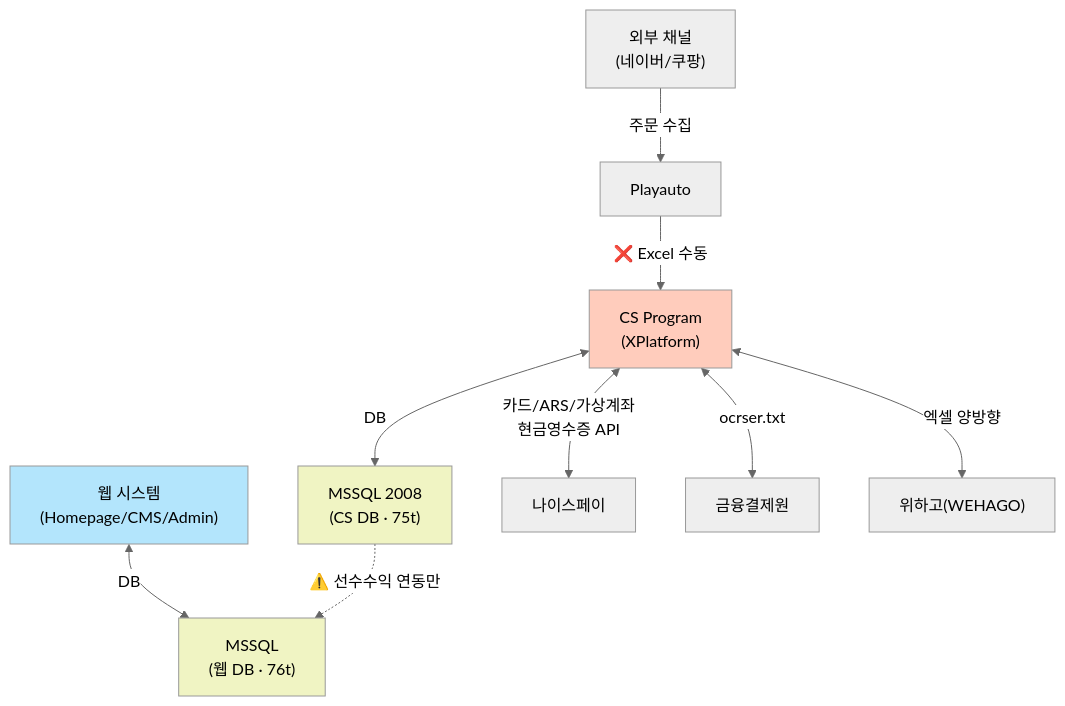
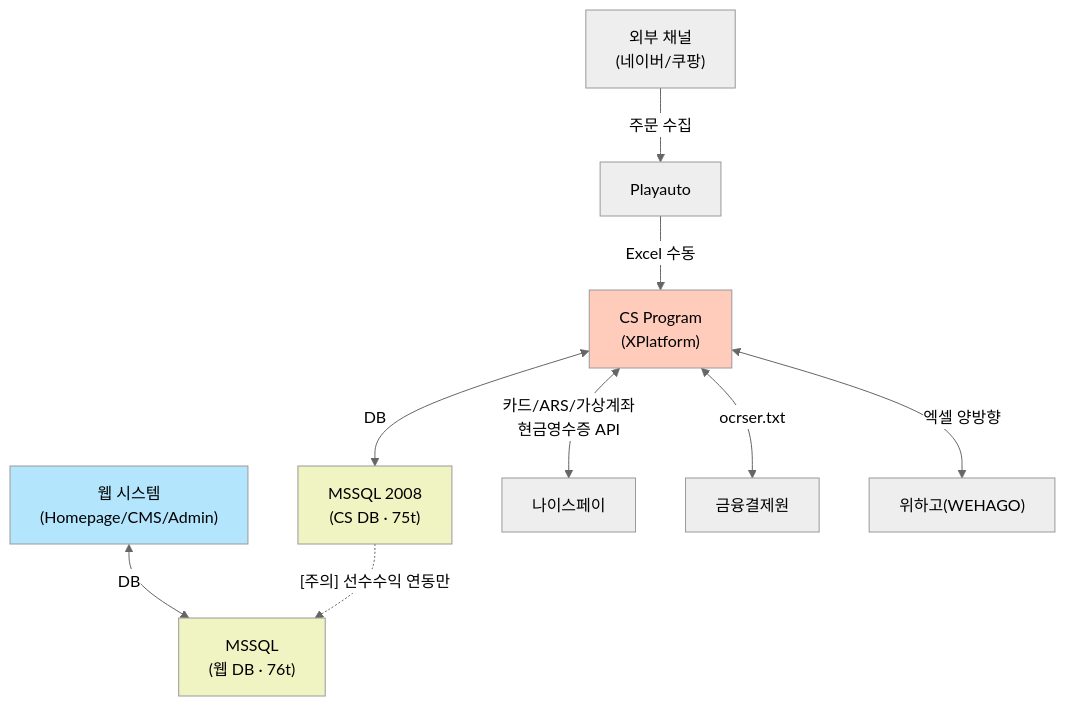
The second of 6 diagrams in src/content/docs/goodthinking-isp/02-analysis/system-diagnosis.md (sknkwoxs/manual-book), drawn with Mermaid (neutral theme) before and after one commit. The commit also changed other lines of this file and 38 other files, not shown here.

````diff
--- a/src/content/docs/goodthinking-isp/02-analysis/system-diagnosis.md
+++ b/src/content/docs/goodthinking-isp/02-analysis/system-diagnosis.md
@@ -121,26 +121,26 @@
 ```mermaid
 graph TD
     EXT["외부 채널<br/>(네이버/쿠팡)"]
     PA["Playauto"]
     CS["CS Program<br/>(XPlatform)"]
     CSDB["MSSQL 2008<br/>(CS DB · 75t)"]
     WEBDB["MSSQL<br/>(웹 DB · 76t)"]
     WEB["웹 시스템<br/>(Homepage/CMS/Admin)"]
     NP["나이스페이"]
     GF["금융결제원"]
     EC["위하고(WEHAGO)"]
 
     EXT -->|"주문 수집"| PA
-    PA -->|"❌ Excel 수동"| CS
+    PA -->|"Excel 수동"| CS
     CS <-->|DB| CSDB
     CS <-->|"카드/ARS/가상계좌<br/>현금영수증 API"| NP
     CS <-->|"ocrser.txt"| GF
     CS <-->|"엑셀 양방향"| EC
     WEB <-->|DB| WEBDB
-    CSDB -.->|"⚠️ 선수수익 연동만"| WEBDB
+    CSDB -.->|"[주의] 선수수익 연동만"| WEBDB
 
     style CS fill:#ffccbc
     style WEB fill:#b3e5fc
     style CSDB fill:#f0f4c3
     style WEBDB fill:#f0f4c3
 ```
````
